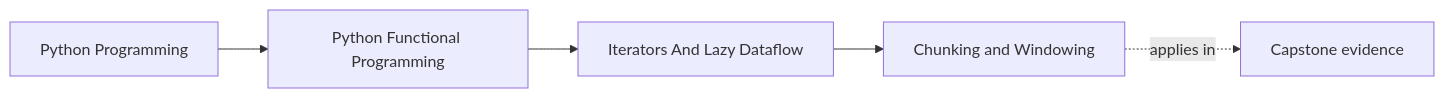
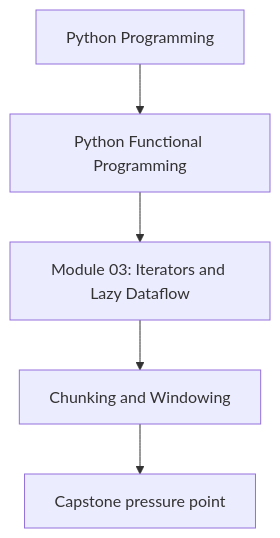
The first of 2 diagrams in programs/python-programming/python-functional-programming/course-book/module-03-iterators-and-lazy-dataflow/chunking-and-windowing.md (bijux/bijux-masterclass), drawn with Mermaid before and after one commit. The commit also changed other lines of this file and 118 other files, not shown here.

Commit message:
docs(python-functional-programming): align concept page diagrams

````diff
--- a/programs/python-programming/python-functional-programming/course-book/module-03-iterators-and-lazy-dataflow/chunking-and-windowing.md
+++ b/programs/python-programming/python-functional-programming/course-book/module-03-iterators-and-lazy-dataflow/chunking-and-windowing.md
@@ -7,11 +7,7 @@
 ```mermaid
-graph LR
-  family["Python Programming"]
-  program["Python Functional Programming"]
-  section["Iterators And Lazy Dataflow"]
-  page["Chunking and Windowing"]
-  capstone["Capstone evidence"]
-
-  family --> program --> section --> page
-  page -.applies in.-> capstone
+flowchart TD
+  family["Python Programming"] --> program["Python Functional Programming"]
+  program --> module["Module 03: Iterators and Lazy Dataflow"]
+  module --> concept["Chunking and Windowing"]
+  concept --> capstone["Capstone pressure point"]
 ```
````
